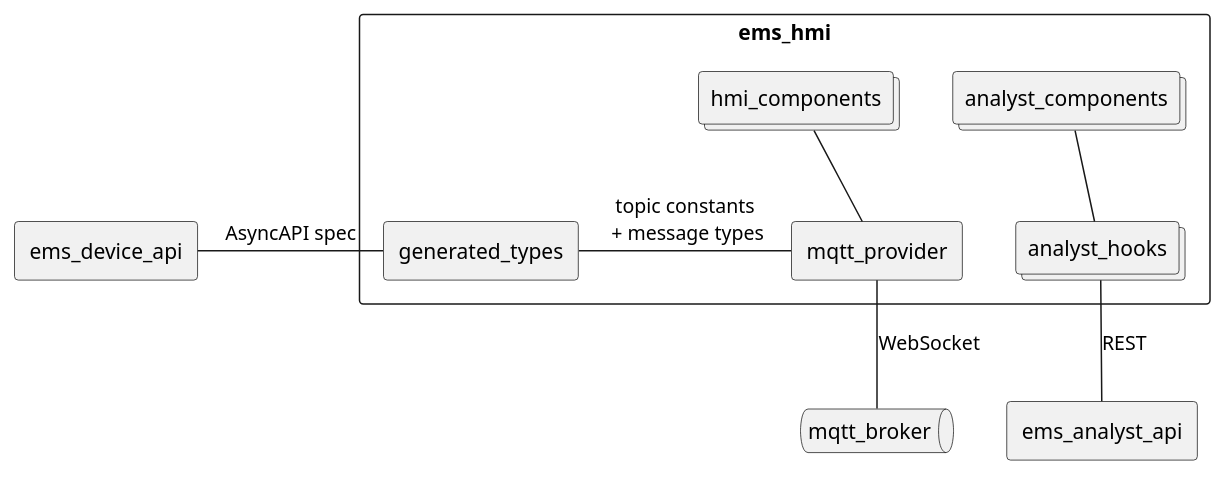
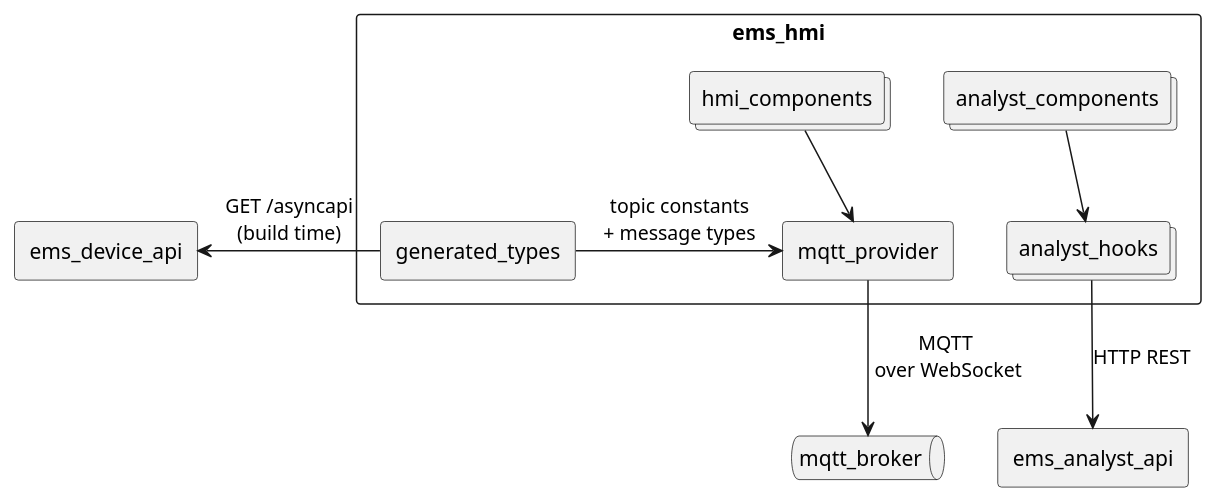
One commit to arcnode-io/ems-hmi changed the first of 3 diagrams in readme.md. Above: the diagram before and after it, drawn with PlantUML. The commit also changed other lines of this file, not shown here.

````diff
--- a/readme.md
+++ b/readme.md
@@ -13,26 +13,26 @@
 ```plantuml
 rectangle ems_hmi {
 
   collections hmi_components 
 
   collections analyst_components 
 
   rectangle mqtt_provider
   collections analyst_hooks
   rectangle generated_types
 }
 
 queue mqtt_broker
 rectangle ems_device_api
 rectangle ems_analyst_api
 
 
-ems_device_api -r- generated_types: AsyncAPI spec
-generated_types -r- mqtt_provider: topic constants\n + message types
-mqtt_provider -- mqtt_broker: WebSocket
-hmi_components -- mqtt_provider
-analyst_components -- analyst_hooks
+ems_device_api <-r- generated_types: GET /asyncapi\n(build time)
+generated_types -r-> mqtt_provider: topic constants\n+ message types
+mqtt_provider --> mqtt_broker: MQTT\n over WebSocket
+hmi_components --> mqtt_provider
+analyst_components --> analyst_hooks
 
-analyst_hooks -- ems_analyst_api: REST
+analyst_hooks --> ems_analyst_api: HTTP REST
 
 ```
````
